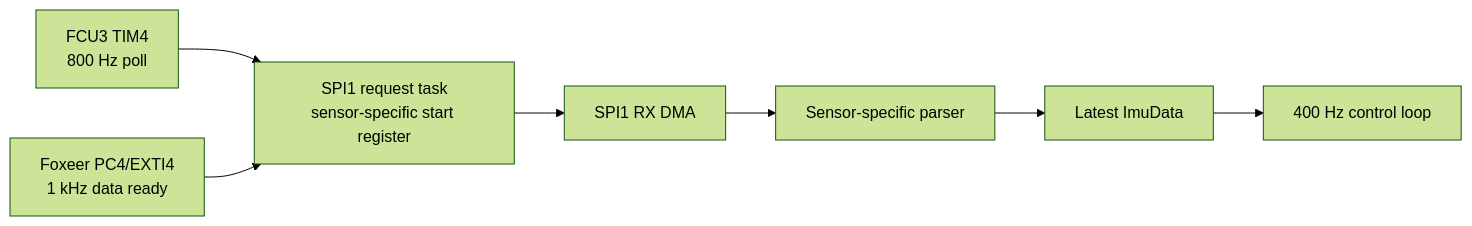
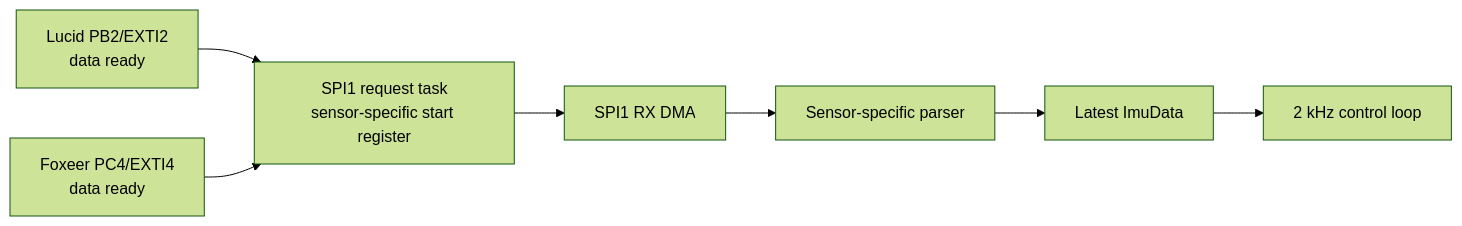
The diagram in mdbook/src/imu.md (Eirik2020/ferro-wasp), drawn with Mermaid (forest theme) before and after one commit. The commit also changed other lines of this file and 172 other files, not shown here.

````diff
--- a/mdbook/src/imu.md
+++ b/mdbook/src/imu.md
@@ -72,17 +72,17 @@
 ```mermaid
 flowchart LR
-    fcu[FCU3 TIM4<br/>800 Hz poll]
-    fox[Foxeer PC4/EXTI4<br/>1 kHz data ready]
+    fox[Foxeer PC4/EXTI4<br/>data ready]
+    lucid[Lucid PB2/EXTI2<br/>data ready]
     poll[SPI1 request task<br/>sensor-specific start register]
     dma[SPI1 RX DMA]
     parser[Sensor-specific parser]
     data[Latest ImuData]
-    control[400 Hz control loop]
+    control[2 kHz control loop]
 
-    fcu --> poll
+    lucid --> poll
     fox --> poll
     poll --> dma
     dma --> parser
     parser --> data
     data --> control
 ```
````
